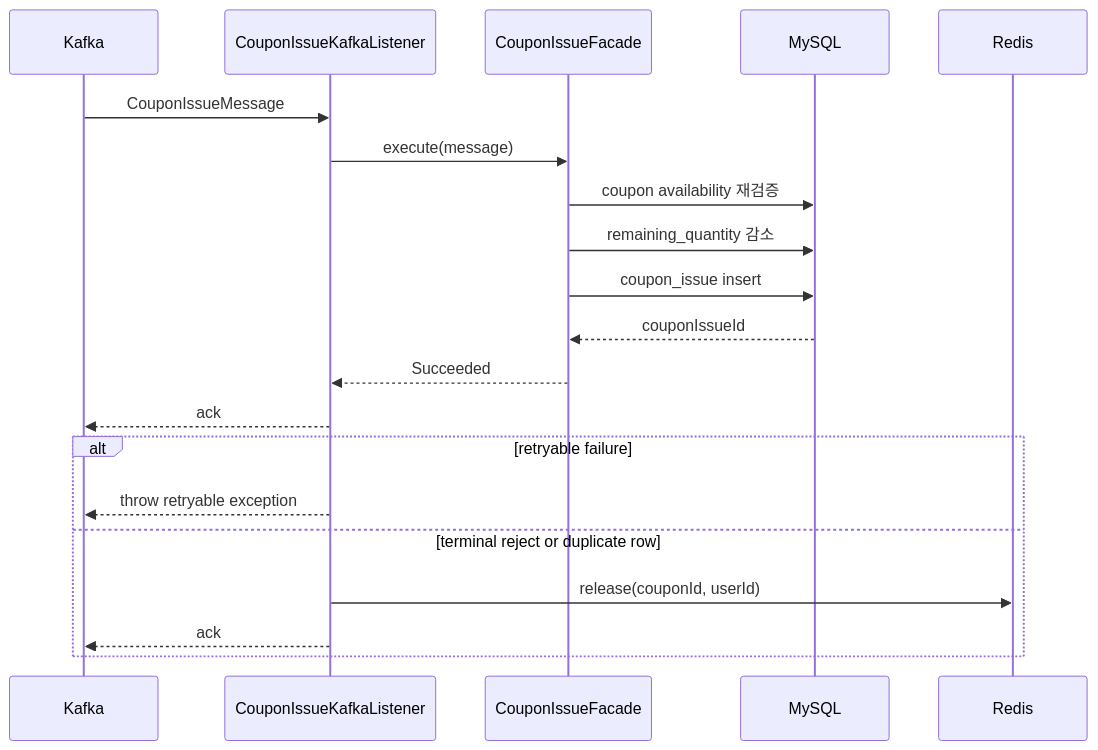
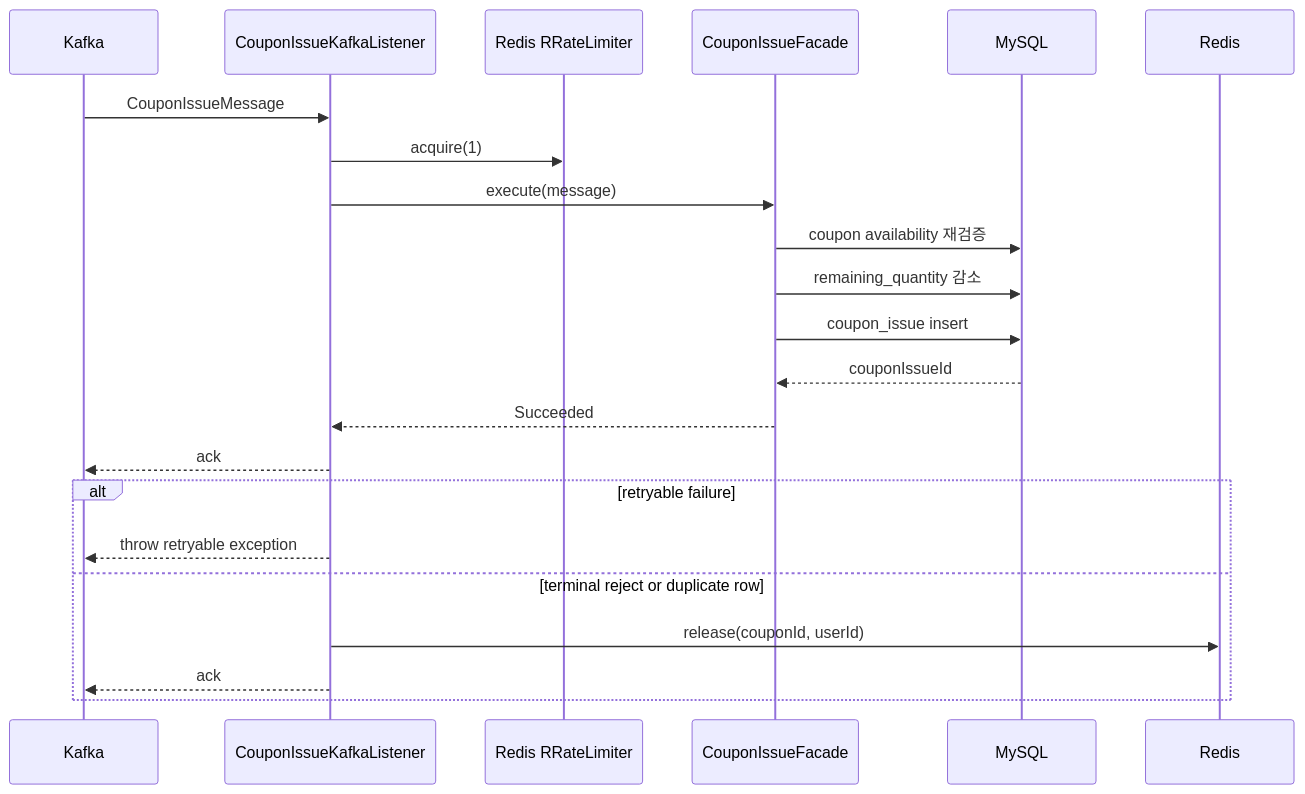
The third of 4 diagrams in coupon/coupon-worker/docs/coupon-kafka-runtime-guide.md (char-labs/coupon-system-design-kt), drawn with Mermaid before and after one commit. The commit also changed other lines of this file and 28 other files, not shown here.

````diff
--- a/coupon/coupon-worker/docs/coupon-kafka-runtime-guide.md
+++ b/coupon/coupon-worker/docs/coupon-kafka-runtime-guide.md
@@ -160,24 +170,26 @@
 ```mermaid
 sequenceDiagram
     participant Kafka
     participant Worker as CouponIssueKafkaListener
+    participant Limit as Redis RRateLimiter
     participant Facade as CouponIssueFacade
     participant DB as MySQL
     participant Redis
 
     Kafka->>Worker: CouponIssueMessage
+    Worker->>Limit: acquire(1)
     Worker->>Facade: execute(message)
     Facade->>DB: coupon availability 재검증
     Facade->>DB: remaining_quantity 감소
     Facade->>DB: coupon_issue insert
     DB-->>Facade: couponIssueId
     Facade-->>Worker: Succeeded
     Worker-->>Kafka: ack
 
     alt retryable failure
         Worker-->>Kafka: throw retryable exception
     else terminal reject or duplicate row
         Worker->>Redis: release(couponId, userId)
         Worker-->>Kafka: ack
     end
 ```
````
